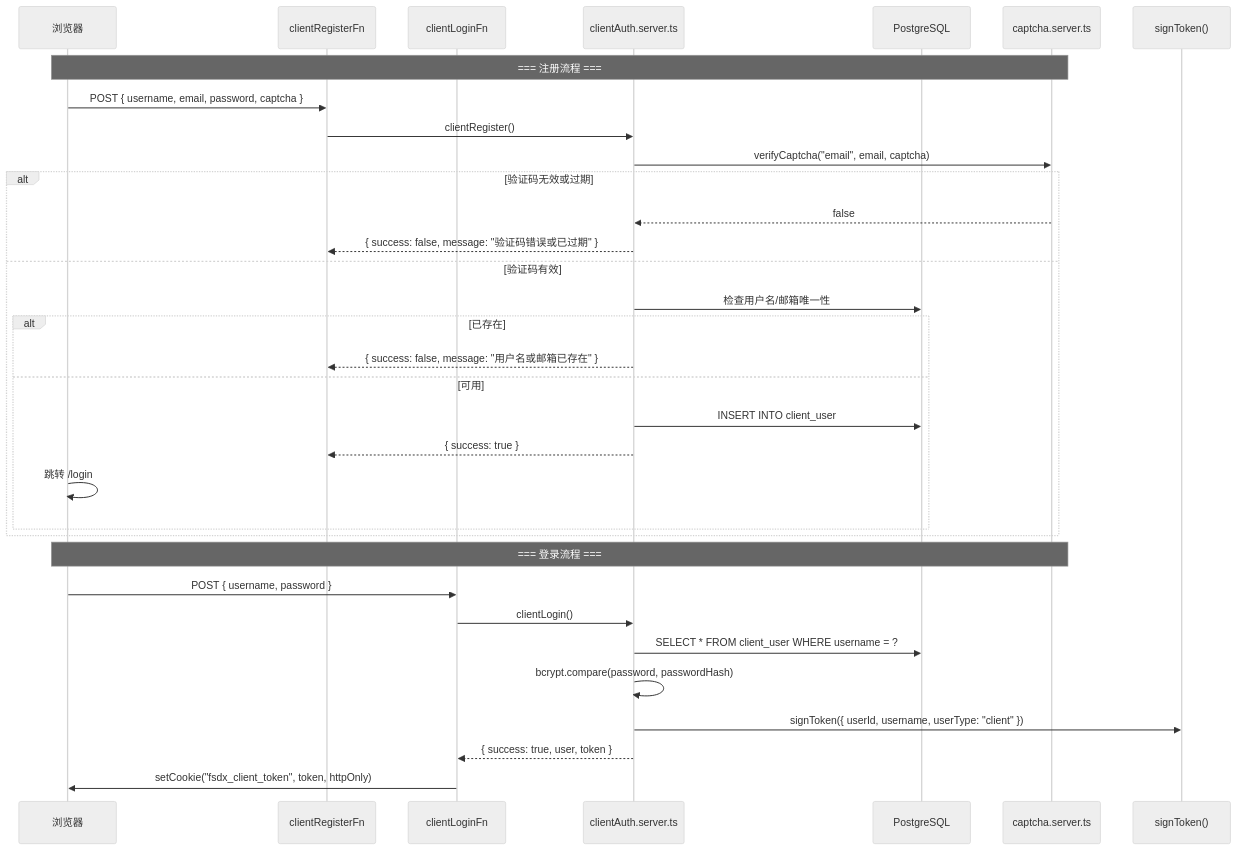
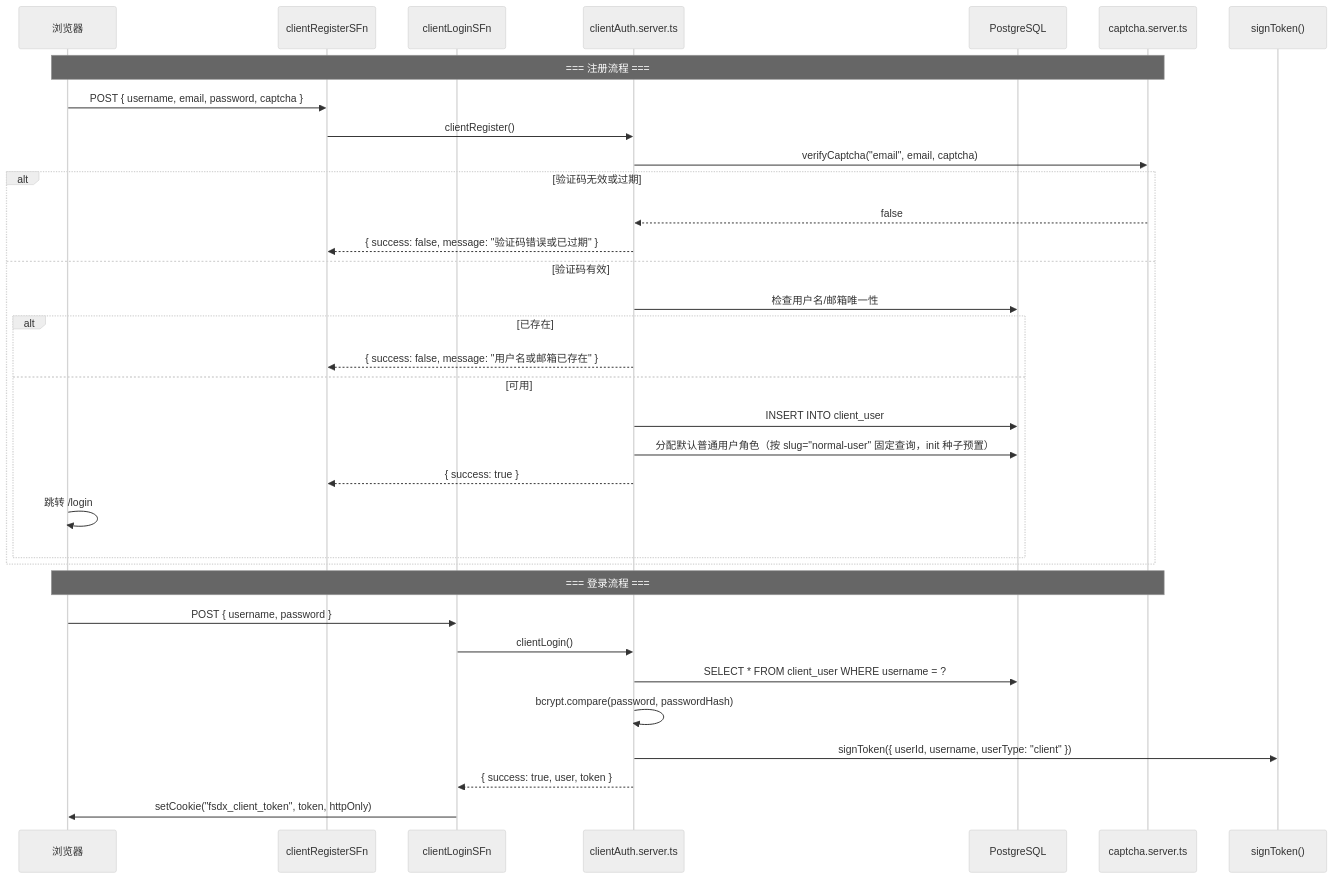
The fourth of 6 diagrams in docs/auth-permission-model.md (easyx-dev/fsdx), drawn with Mermaid (neutral theme) before and after one commit. The commit also changed other lines of this file and 13 other files, not shown here.

````diff
--- a/docs/auth-permission-model.md
+++ b/docs/auth-permission-model.md
@@ -215,40 +215,41 @@
 ```mermaid
 sequenceDiagram
     participant Browser as 浏览器
-    participant RegisterSF as clientRegisterFn
-    participant LoginSF as clientLoginFn
+    participant RegisterSF as clientRegisterSFn
+    participant LoginSF as clientLoginSFn
     participant Server as clientAuth.server.ts
     participant DB as PostgreSQL
     participant Captcha as captcha.server.ts
     participant JWT as signToken()
 
     Note over Browser,Captcha: === 注册流程 ===
 
     Browser->>RegisterSF: POST { username, email, password, captcha }
     RegisterSF->>Server: clientRegister()
 
     Server->>Captcha: verifyCaptcha("email", email, captcha)
     alt 验证码无效或过期
         Captcha-->>Server: false
         Server-->>RegisterSF: { success: false, message: "验证码错误或已过期" }
     else 验证码有效
         Server->>DB: 检查用户名/邮箱唯一性
         alt 已存在
             Server-->>RegisterSF: { success: false, message: "用户名或邮箱已存在" }
         else 可用
             Server->>DB: INSERT INTO client_user
+            Server->>DB: 分配默认普通用户角色（按 slug="normal-user" 固定查询，init 种子预置）
             Server-->>RegisterSF: { success: true }
             Browser->>Browser: 跳转 /login
         end
     end
 
     Note over Browser,Captcha: === 登录流程 ===
 
     Browser->>LoginSF: POST { username, password }
     LoginSF->>Server: clientLogin()
     Server->>DB: SELECT * FROM client_user WHERE username = ?
     Server->>Server: bcrypt.compare(password, passwordHash)
     Server->>JWT: signToken({ userId, username, userType: "client" })
     Server-->>LoginSF: { success: true, user, token }
     LoginSF->>Browser: setCookie("fsdx_client_token", token, httpOnly)
 ```
````
